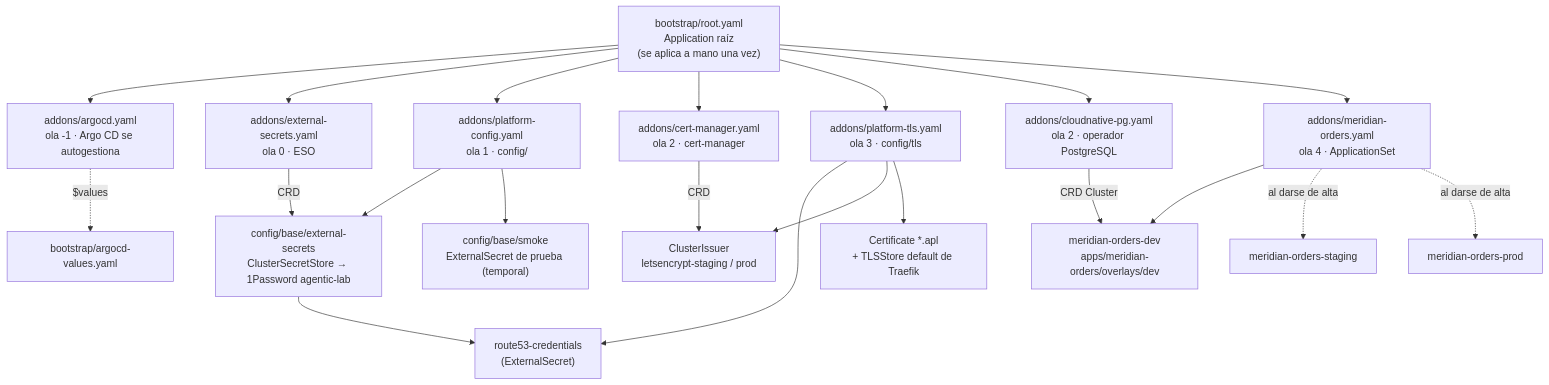
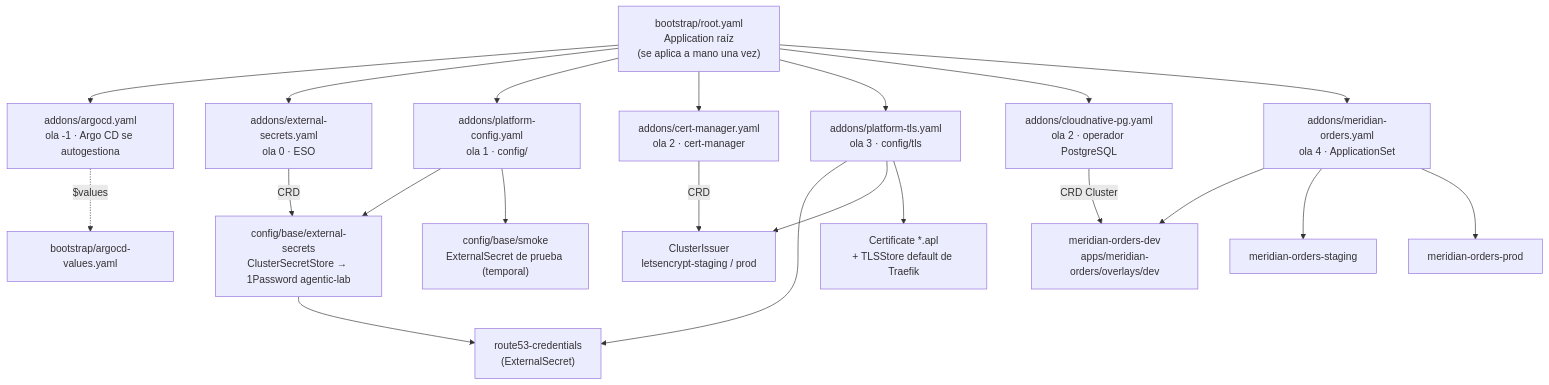
The first of 2 diagrams in README.md (elpalmeral-org/platform-gitops), drawn with Mermaid before and after one commit. The commit also changed other lines of this file, not shown here.

Commit message:
docs: staging y prod de Meridian Orders en marcha (#11)

````diff
--- a/README.md
+++ b/README.md
@@ -9,24 +9,24 @@
 ```mermaid
 flowchart TD
     ROOT["bootstrap/root.yaml<br/>Application raíz<br/>(se aplica a mano una vez)"]
     ROOT --> A["addons/argocd.yaml<br/>ola -1 · Argo CD se autogestiona"]
     ROOT --> E["addons/external-secrets.yaml<br/>ola 0 · ESO"]
     ROOT --> C["addons/platform-config.yaml<br/>ola 1 · config/"]
     A -.->|"$values"| V["bootstrap/argocd-values.yaml"]
     ROOT --> CM["addons/cert-manager.yaml<br/>ola 2 · cert-manager"]
     ROOT --> T["addons/platform-tls.yaml<br/>ola 3 · config/tls"]
     C --> CSS["config/base/external-secrets<br/>ClusterSecretStore → 1Password agentic-lab"]
     C --> SM["config/base/smoke<br/>ExternalSecret de prueba (temporal)"]
     E -->|CRD| CSS
     T --> R53["route53-credentials<br/>(ExternalSecret)"]
     T --> ISS["ClusterIssuer<br/>letsencrypt-staging / prod"]
     T --> CERT["Certificate *.apl<br/>+ TLSStore default de Traefik"]
     CSS --> R53
     CM -->|CRD| ISS
     ROOT --> PG["addons/cloudnative-pg.yaml<br/>ola 2 · operador PostgreSQL"]
     ROOT --> MO["addons/meridian-orders.yaml<br/>ola 4 · ApplicationSet"]
     MO --> DEV["meridian-orders-dev<br/>apps/meridian-orders/overlays/dev"]
-    MO -.->|"al darse de alta"| STG["meridian-orders-staging"]
-    MO -.->|"al darse de alta"| PRD["meridian-orders-prod"]
+    MO --> STG["meridian-orders-staging"]
+    MO --> PRD["meridian-orders-prod"]
     PG -->|CRD Cluster| DEV
 ```
````
